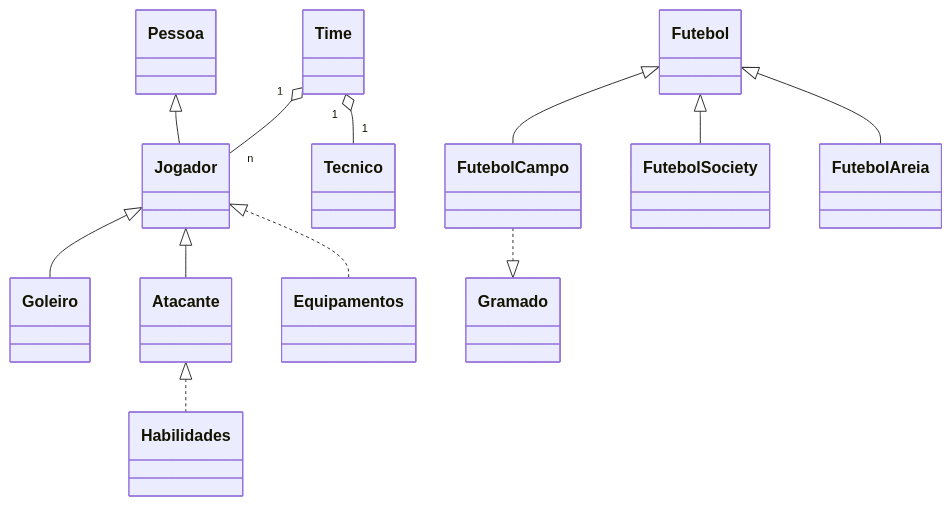
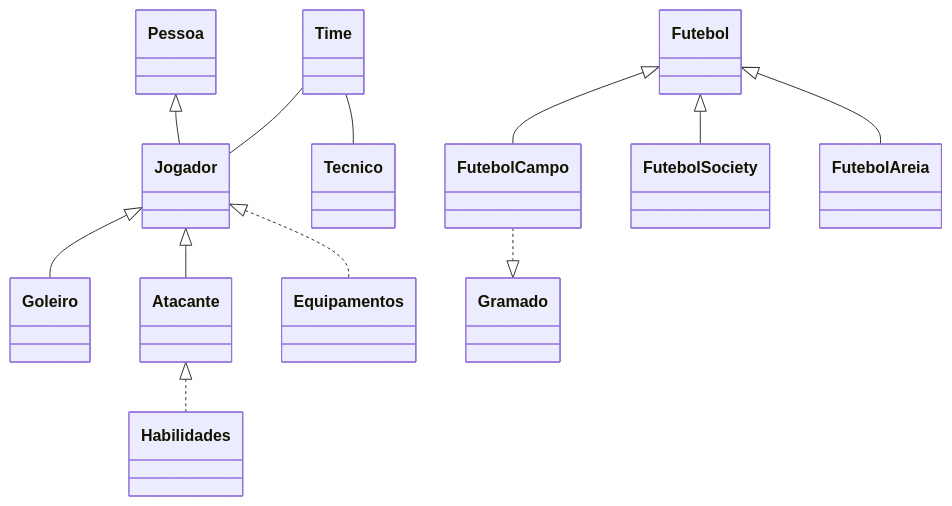
One commit to KenpsSouza/diagrama_gerenciamento_futebol changed the diagram in README.md. Above: the diagram before and after it, drawn with Mermaid. The commit also changed other lines of this file, not shown here.

````diff
--- a/README.md
+++ b/README.md
@@ -46,14 +43,14 @@
 ```mermaid
 classDiagram
     Pessoa <|-- Jogador
     Jogador <|-- Goleiro
     Jogador <|-- Atacante
     Jogador <|.. Equipamentos
     Atacante <|.. Habilidades
-    Time "1" o-- "n" Jogador
-    Time "1" o-- "1" Tecnico
+    Time  --  Jogador
+    Time  --  Tecnico
     Futebol <|-- FutebolCampo
     Futebol <|-- FutebolSociety
     Futebol <|-- FutebolAreia
     FutebolCampo ..|> Gramado
 ```
````
